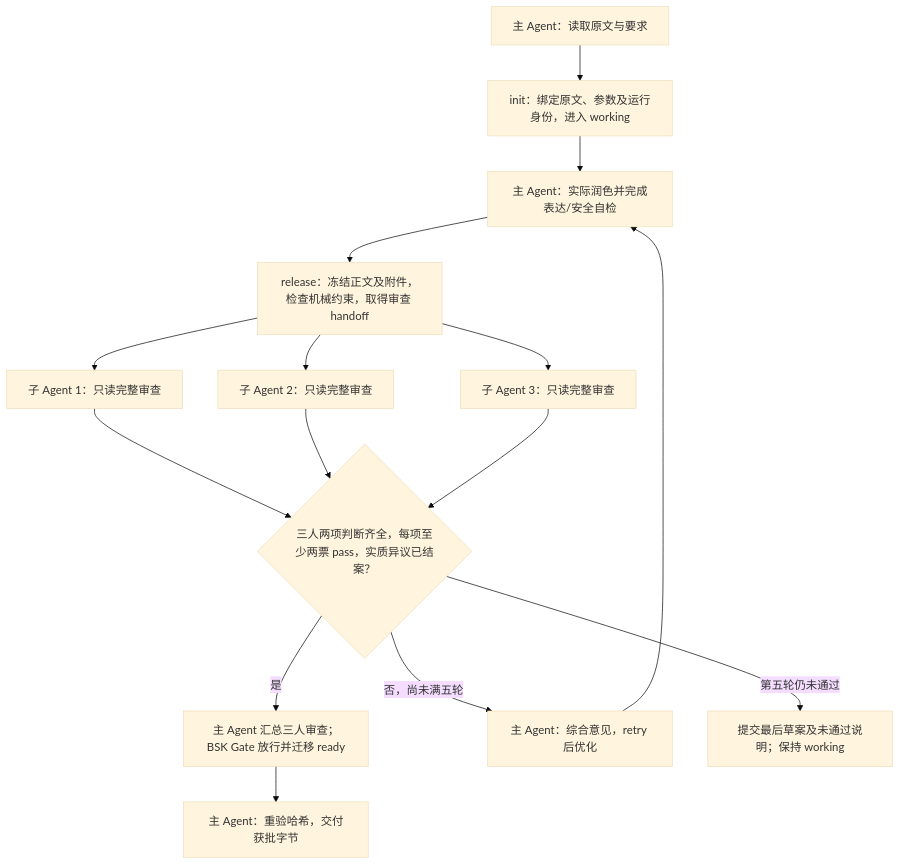
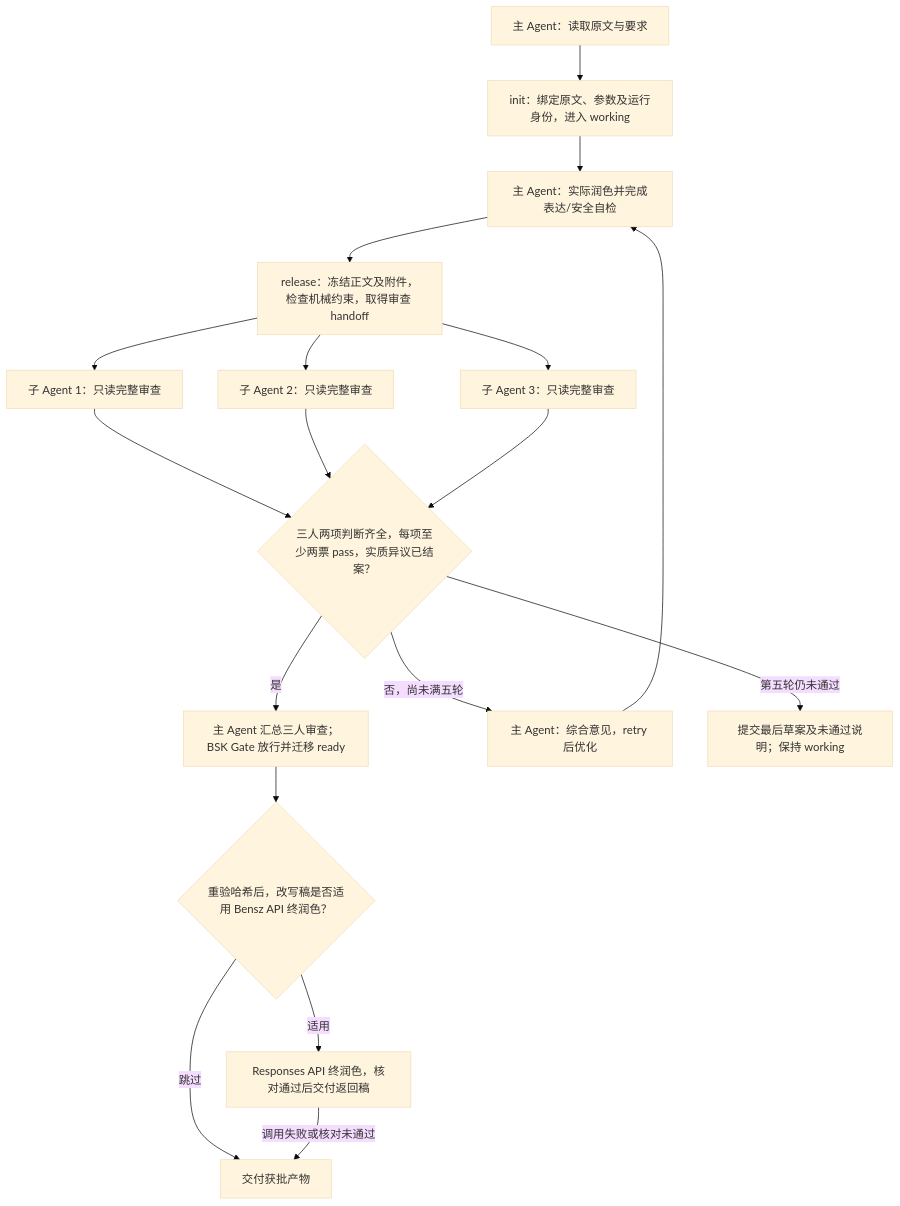
Before and after one commit to huangwb8/skills: the diagram in skills/alpha/humanization/README.md, drawn with Mermaid (base theme). The commit also changed other lines of this file and 10 other files, not shown here.

First line of the commit message:
feat(humanization): 新增交付前 Bensz Responses API 终润色

````diff
--- a/skills/alpha/humanization/README.md
+++ b/skills/alpha/humanization/README.md
@@ -40,17 +40,20 @@
 ```mermaid
 flowchart TD
     A["主 Agent：读取原文与要求"] --> B["init：绑定原文、参数及运行身份，进入 working"]
     B --> C["主 Agent：实际润色并完成表达/安全自检"]
     C --> D["release：冻结正文及附件，检查机械约束，取得审查 handoff"]
     D --> R1["子 Agent 1：只读完整审查"]
     D --> R2["子 Agent 2：只读完整审查"]
     D --> R3["子 Agent 3：只读完整审查"]
     R1 --> Q{"三人两项判断齐全，每项至少两票 pass，实质异议已结案？"}
     R2 --> Q
     R3 --> Q
     Q -->|是| G["主 Agent 汇总三人审查；BSK Gate 放行并迁移 ready"]
-    G --> O["主 Agent：重验哈希，交付获批字节"]
+    G --> F{"重验哈希后，改写稿是否适用 Bensz API 终润色？"}
+    F -->|适用| P["Responses API 终润色，核对通过后交付返回稿"]
+    F -->|跳过| O["交付获批产物"]
+    P -->|调用失败或核对未通过| O
     Q -->|否，尚未满五轮| E["主 Agent：综合意见，retry 后优化"]
     E --> C
     Q -->|第五轮仍未通过| X["提交最后草案及未通过说明；保持 working"]
 ```
````
